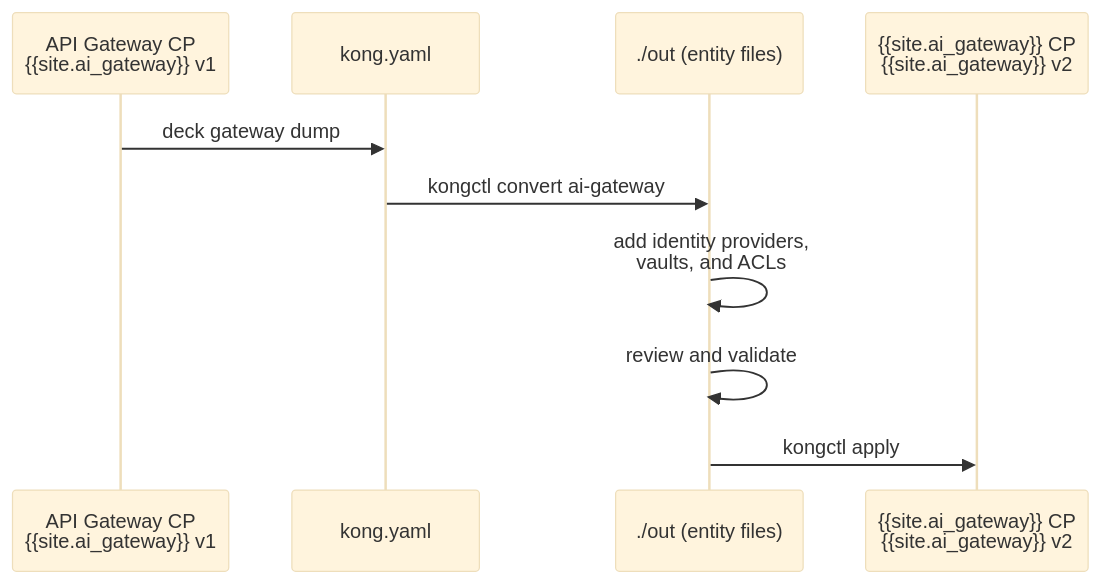
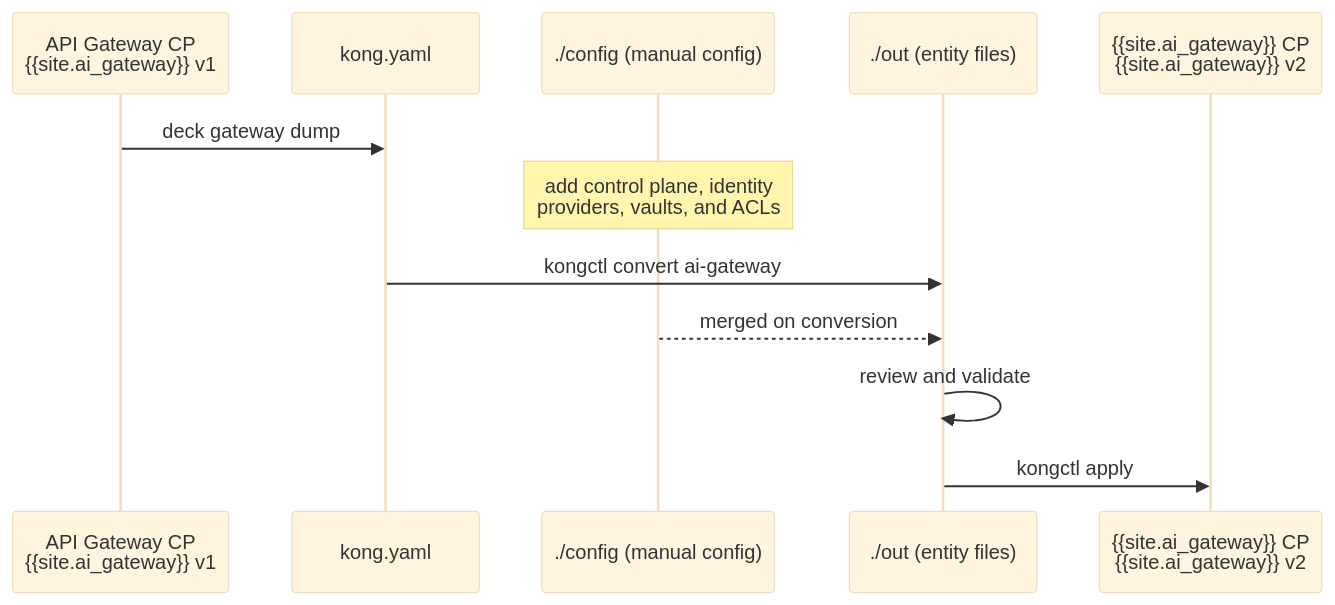
Before and after one commit to Kong/developer.konghq.com: the diagram in app/ai-gateway/v2-migration-guide.md, drawn with Mermaid (base theme). The commit also changed other lines of this file, not shown here.

```diff
--- a/app/ai-gateway/v2-migration-guide.md
+++ b/app/ai-gateway/v2-migration-guide.md
@@ -64,13 +63,15 @@
 {% mermaid %}
 sequenceDiagram
     participant A as API Gateway CP<br/>{{site.ai_gateway}} v1
     participant B as kong.yaml
-    participant C as ./out (entity files)
-    participant D as {{site.ai_gateway}} CP<br/>{{site.ai_gateway}} v2
+    participant C as ./config (manual config)
+    participant D as ./out (entity files)
+    participant E as {{site.ai_gateway}} CP<br/>{{site.ai_gateway}} v2
 
     A->>B: deck gateway dump
-    B->>C: kongctl convert ai-gateway
-    C->>C: add identity providers,<br/>vaults, and ACLs
-    C->>C: review and validate
-    C->>D: kongctl apply
+    Note over C: add control plane, identity<br/>providers, vaults, and ACLs
+    B->>D: kongctl convert ai-gateway
+    C-->>D: merged on conversion
+    D->>D: review and validate
+    D->>E: kongctl apply
 {% endmermaid %}
```
